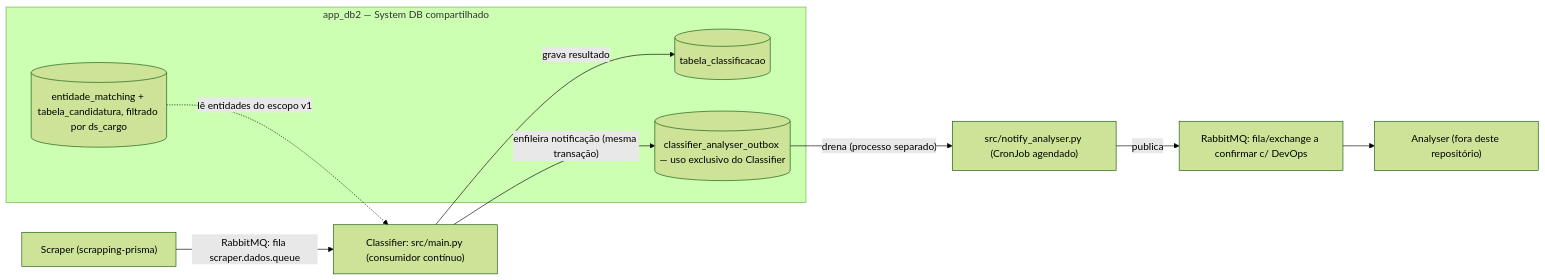
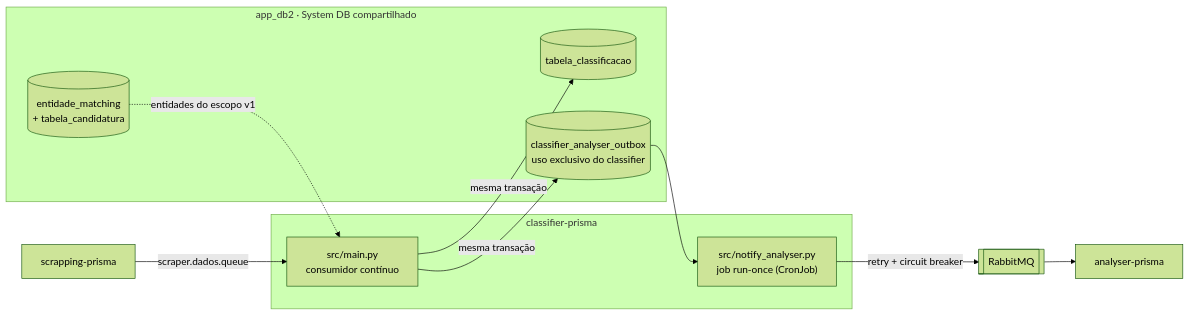
One commit to prisma-projetos/classifier-prisma changed the diagram in README.md. Above: the diagram before and after it, drawn with Mermaid (forest theme). The commit also changed other lines of this file, not shown here.

````diff
--- a/README.md
+++ b/README.md
@@ -14,17 +56,22 @@
 ```mermaid
 flowchart LR
-    Scraper["Scraper (scrapping-prisma)"] -->|"RabbitMQ: fila scraper.dados.queue"| Classifier["Classifier: src/main.py (consumidor contínuo)"]
+    SCR["scrapping-prisma"] -->|"scraper.dados.queue"| MAIN
 
-    subgraph DB["app_db2 — System DB compartilhado"]
-        EM[("entidade_matching + tabela_candidatura, filtrado por ds_cargo")]
-        TC[("tabela_classificacao")]
-        OUT[("classifier_analyser_outbox — uso exclusivo do Classifier")]
+    subgraph classifier["classifier-prisma"]
+        MAIN["src/main.py<br/>consumidor contínuo"]
+        NOTIFY["src/notify_analyser.py<br/>job run-once (CronJob)"]
     end
 
-    EM -.->|"lê entidades do escopo v1"| Classifier
-    Classifier -->|"grava resultado"| TC
-    Classifier -->|"enfileira notificação (mesma transação)"| OUT
-    OUT -->|"drena (processo separado)"| Notify["src/notify_analyser.py (CronJob agendado)"]
-    Notify -->|"publica"| RMQ2["RabbitMQ: fila/exchange a confirmar c/ DevOps"]
-    RMQ2 --> Analyser["Analyser (fora deste repositório)"]
+    subgraph db["app_db2 · System DB compartilhado"]
+        EM[("entidade_matching<br/>+ tabela_candidatura")]
+        TC[("tabela_classificacao")]
+        OUT[("classifier_analyser_outbox<br/>uso exclusivo do classifier")]
+    end
+
+    EM -. "entidades do escopo v1" .-> MAIN
+    MAIN -->|"mesma transação"| TC
+    MAIN -->|"mesma transação"| OUT
+    OUT --> NOTIFY
+    NOTIFY -->|"retry + circuit breaker"| MQ[["RabbitMQ"]]
+    MQ --> AN["analyser-prisma"]
 ```
````
